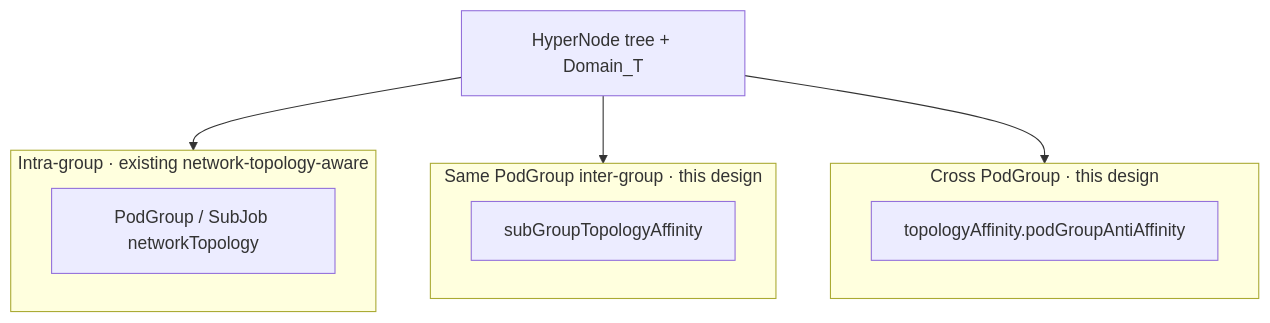
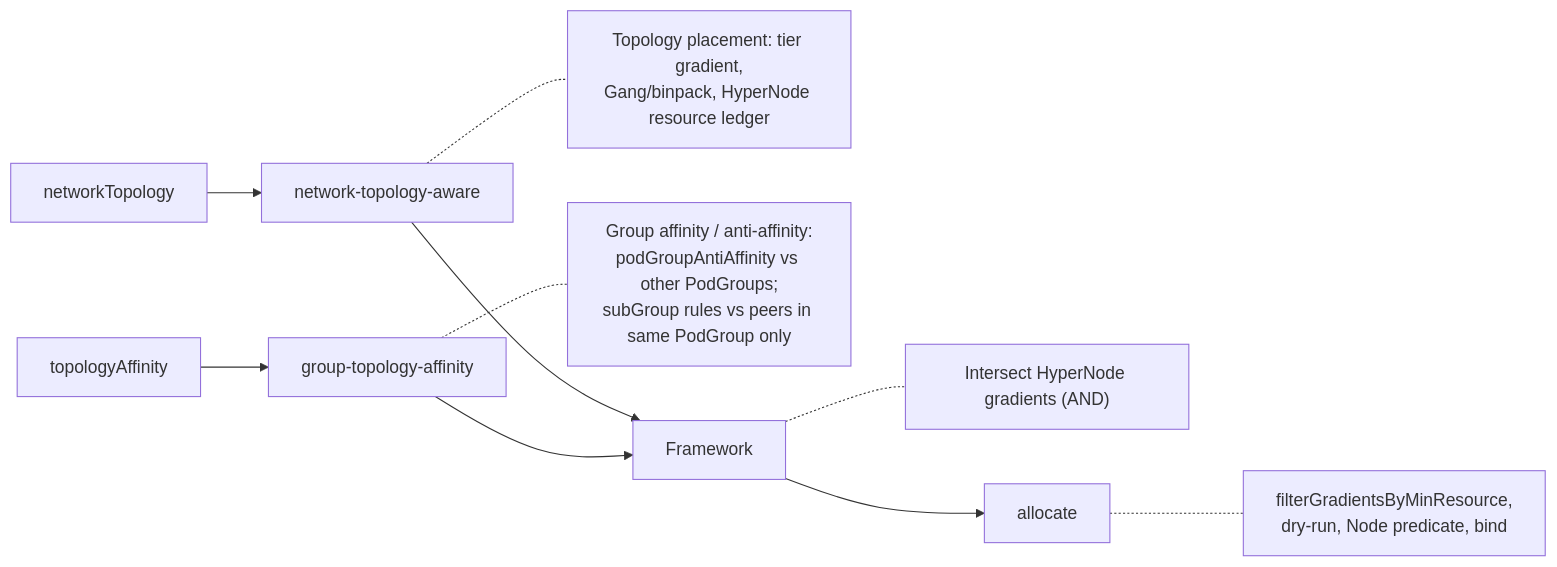
Before and after one commit to volcano-sh/volcano: the first of 8 diagrams in docs/design/group-topology-affinity.md, drawn with Mermaid. The commit also changed other lines of this file and 1 other file, not shown here.

First line of the commit message:
docs: refine group-topology-affinity design for formal review

````diff
--- a/docs/design/group-topology-affinity.md
+++ b/docs/design/group-topology-affinity.md
@@ -88,15 +71,27 @@
 ```mermaid
-flowchart TB
-    subgraph layer_intra_group ["Intra-group · existing network-topology-aware"]
-        network_topology_field["PodGroup / SubJob networkTopology"]
-    end
-    subgraph layer_same_podgroup ["Same PodGroup inter-group · this design"]
-        sub_group_topology_affinity_field["subGroupTopologyAffinity"]
-    end
-    subgraph layer_cross_podgroup ["Cross PodGroup · this design"]
-        topology_affinity_anti["topologyAffinity.podGroupAntiAffinity"]
-    end
-    hypernode_tree["HyperNode tree + Domain_T"] --> layer_intra_group
-    hypernode_tree --> layer_same_podgroup
-    hypernode_tree --> layer_cross_podgroup
+flowchart LR
+    spec_nt["networkTopology"]
+    spec_aff["topologyAffinity"]
+
+    network_topology_aware["network-topology-aware"]
+    cap_network_topology_aware["Topology placement: tier gradient,<br/>Gang/binpack, HyperNode resource ledger"]
+
+    group_topology_affinity["group-topology-affinity"]
+    cap_group_topology_affinity["Group affinity / anti-affinity:<br/>podGroupAntiAffinity vs other PodGroups;<br/>subGroup rules vs peers in same PodGroup only"]
+
+    fw["Framework"]
+    cap_fw["Intersect HyperNode gradients (AND)"]
+
+    alloc["allocate"]
+    cap_alloc["filterGradientsByMinResource,<br/>dry-run, Node predicate, bind"]
+
+    spec_nt --> network_topology_aware
+    spec_aff --> group_topology_affinity
+    network_topology_aware -.- cap_network_topology_aware
+    group_topology_affinity -.- cap_group_topology_affinity
+    network_topology_aware --> fw
+    group_topology_affinity --> fw
+    fw -.- cap_fw
+    fw --> alloc
+    alloc -.- cap_alloc
 ```
````
